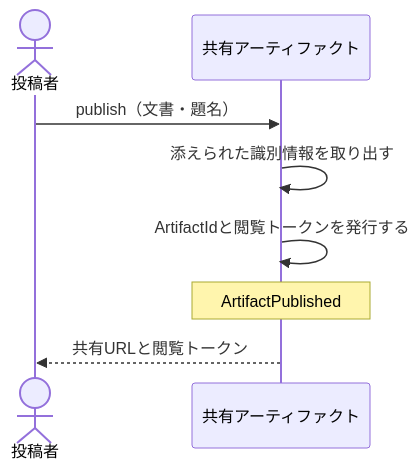
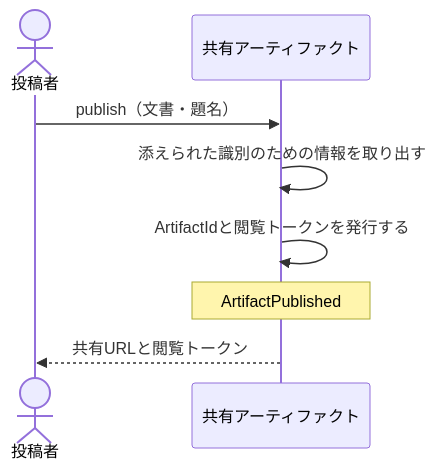
Before and after one commit to daidaiiro-519/waffle: the diagram in .waffle/specs/bc-artifact-share/subdomain/sd-artifact-sharing/usecase/uc-publish-artifact.md, drawn with Mermaid. The commit also changed other lines of this file and 25 other files, not shown here.

````diff
--- a/.waffle/specs/bc-artifact-share/subdomain/sd-artifact-sharing/usecase/uc-publish-artifact.md
+++ b/.waffle/specs/bc-artifact-share/subdomain/sd-artifact-sharing/usecase/uc-publish-artifact.md
@@ -38,9 +38,9 @@
 ```mermaid
 sequenceDiagram
     actor 投稿者
     投稿者->>共有アーティファクト: publish（文書・題名）
-    共有アーティファクト->>共有アーティファクト: 添えられた識別情報を取り出す
+    共有アーティファクト->>共有アーティファクト: 添えられた識別のための情報を取り出す
     共有アーティファクト->>共有アーティファクト: ArtifactIdと閲覧トークンを発行する
     Note over 共有アーティファクト: ArtifactPublished
     共有アーティファクト-->>投稿者: 共有URLと閲覧トークン
 ```
````
